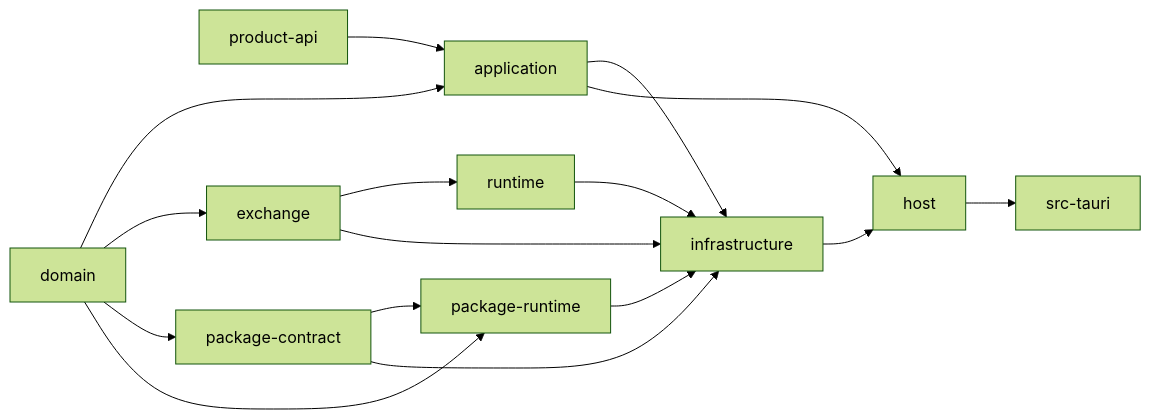
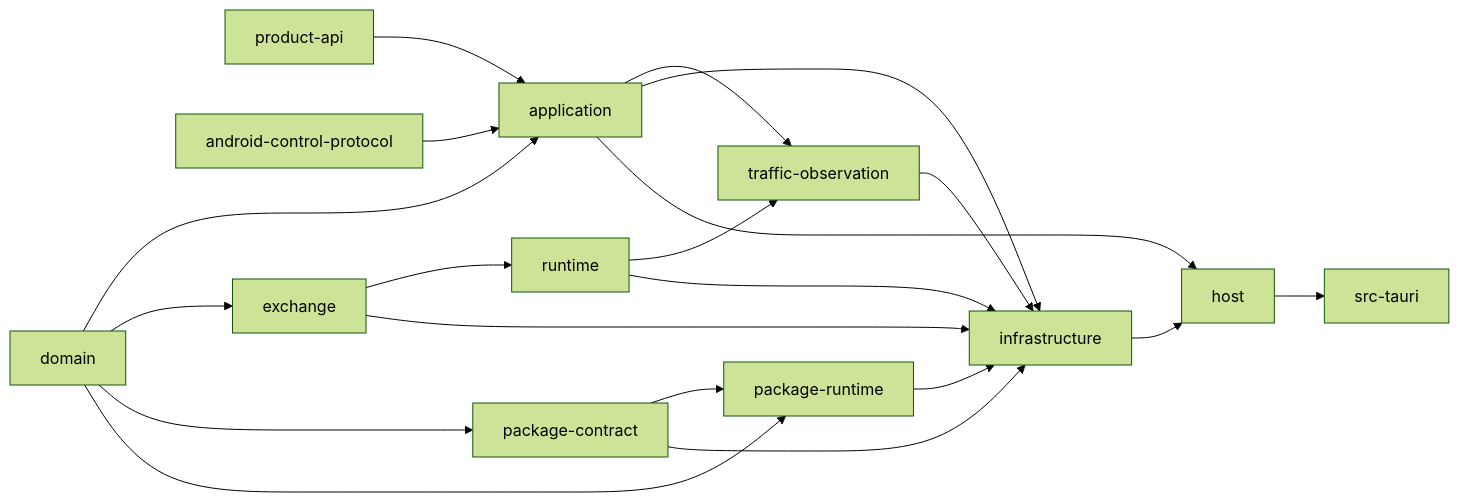
Before and after one commit to kouxko/gmofg-payment-proxy: the second of 3 diagrams in docs/architecture/modules.md, drawn with Mermaid (forest theme). The commit also changed other lines of this file and 94 other files, not shown here.

````diff
--- a/docs/architecture/modules.md
+++ b/docs/architecture/modules.md
@@ -56,18 +65,22 @@
 ```mermaid
 flowchart LR
     DOMAIN[domain] --> APP[application]
     PRODUCT[product-api] --> APP
+    ANDROIDWIRE[android-control-protocol] --> APP
+    APP --> OBSERVE[traffic-observation]
+    RUNTIME --> OBSERVE
+    OBSERVE --> INFRA
     DOMAIN --> EXCHANGE[exchange]
     DOMAIN --> CONTRACT[package-contract]
     DOMAIN --> PACKAGE[package-runtime]
     CONTRACT --> PACKAGE
     EXCHANGE --> RUNTIME[runtime]
     APP --> INFRA[infrastructure]
     EXCHANGE --> INFRA
     CONTRACT --> INFRA
     PACKAGE --> INFRA
     RUNTIME --> INFRA
     INFRA --> HOST[host]
     APP --> HOST
     HOST --> TAURI[src-tauri]
 ```
````
